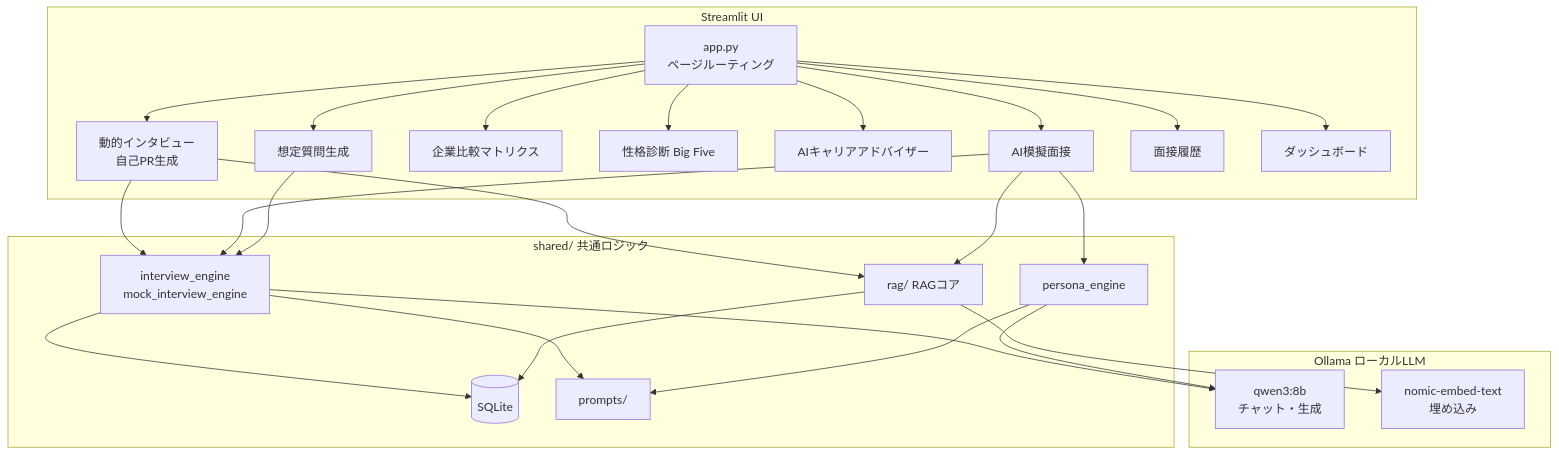
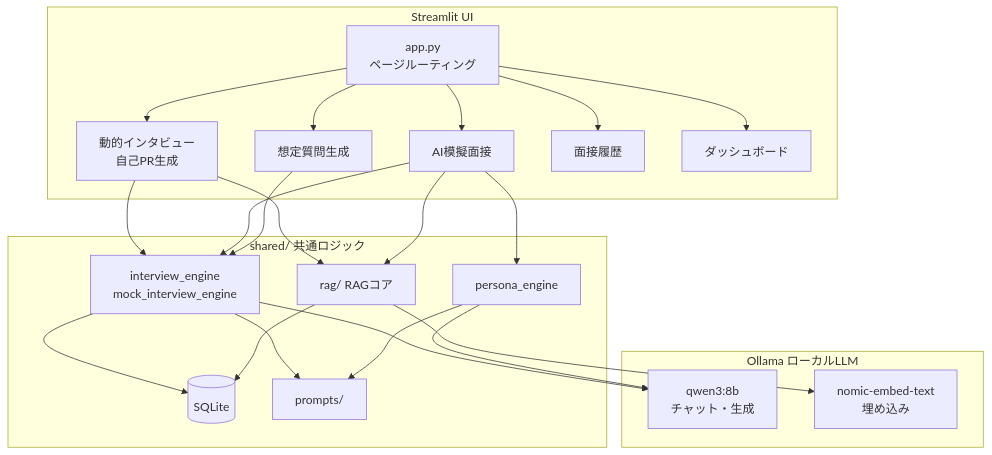
One commit to Myubd/interview-ai-app changed the first of 3 diagrams in streamlit/README.md. Above: the diagram before and after it, drawn with Mermaid. The commit also changed other lines of this file and 29 other files, not shown here.

````diff
--- a/streamlit/README.md
+++ b/streamlit/README.md
@@ -11,38 +14,35 @@
 ```mermaid
 graph TB
     subgraph Streamlit UI
         APP[app.py<br/>ページルーティング]
         APP --> P1[動的インタビュー<br/>自己PR生成]
         APP --> P2[AI模擬面接]
-        APP --> P3[企業比較マトリクス]
-        APP --> P4[性格診断 Big Five]
-        APP --> P5[AIキャリアアドバイザー]
         APP --> P6[想定質問生成]
         APP --> P7[面接履歴]
         APP --> P8[ダッシュボード]
     end
 
     subgraph shared/ 共通ロジック
         ENG[interview_engine<br/>mock_interview_engine]
         PE[persona_engine]
         RAG[rag/ RAGコア]
         DB[(SQLite)]
         PROMPTS[prompts/]
         ENG --> PROMPTS
         PE --> PROMPTS
         ENG --> DB
         RAG --> DB
     end
 
     subgraph Ollama ローカルLLM
         LLM[qwen3:8b<br/>チャット・生成]
         EMB[nomic-embed-text<br/>埋め込み]
     end
 
     P1 & P2 & P6 --> ENG
     P2 --> PE
     P1 & P2 --> RAG
     RAG --> EMB
     ENG --> LLM
     PE --> LLM
 ```
````
